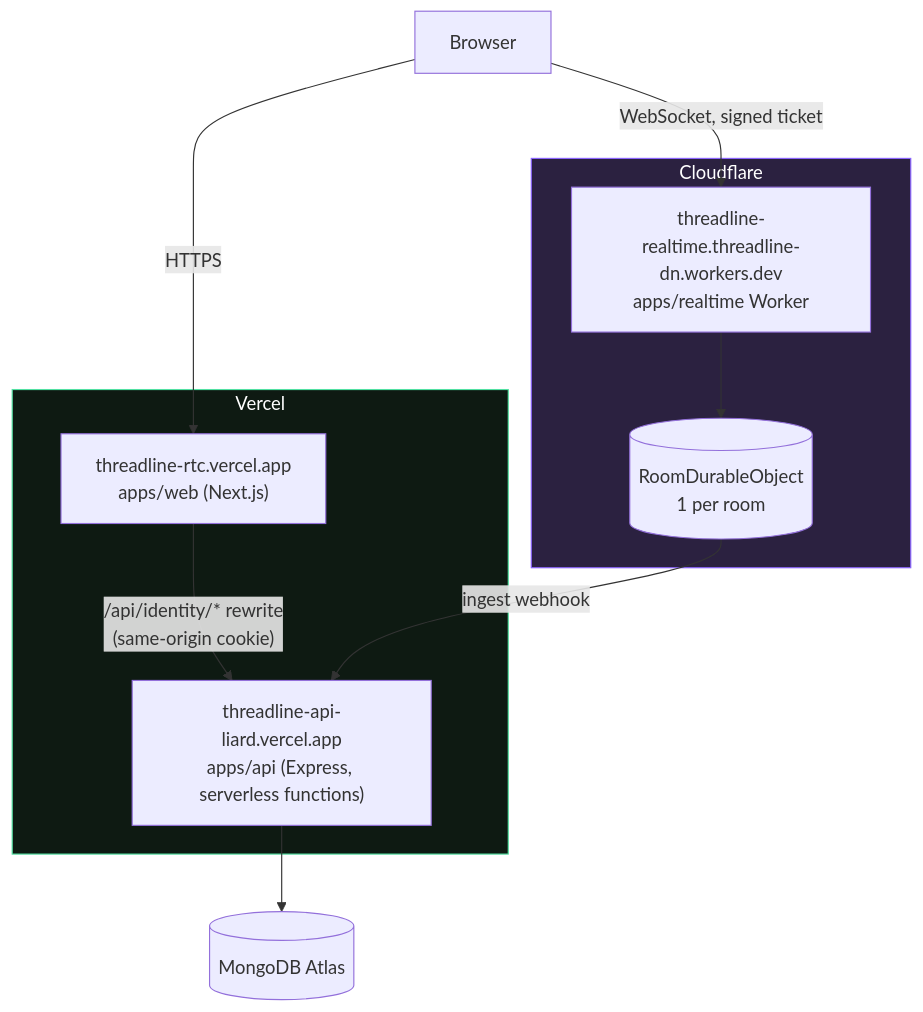
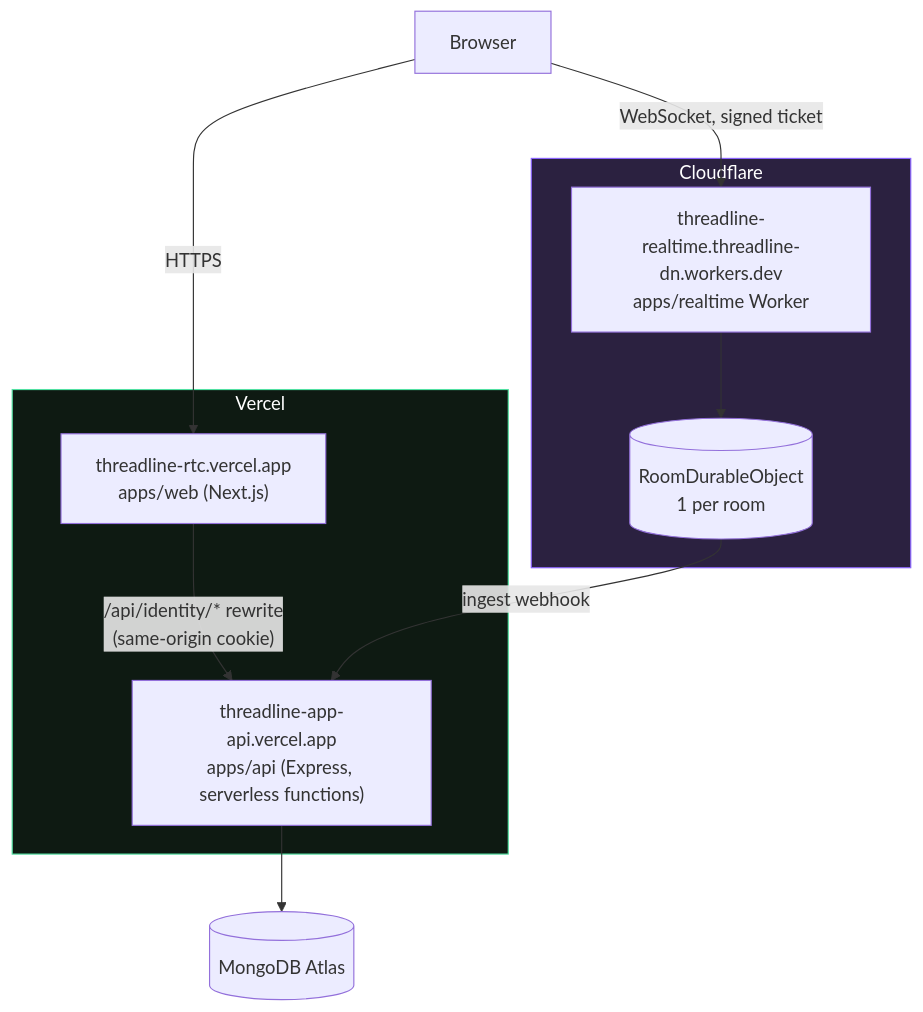
One commit to hoangsonww/Threadline-RealTime-Collab changed the third of 3 diagrams in ARCHITECTURE.md. Above: the diagram before and after it, drawn with Mermaid. The commit also changed 5 other files, not shown here.

First line of the commit message:
docs: update API domain to threadline-app-api.vercel.app

````diff
--- a/ARCHITECTURE.md
+++ b/ARCHITECTURE.md
@@ -231,26 +231,26 @@
 ```mermaid
 graph TB
     Browser["Browser"]
 
     subgraph vercel["Vercel"]
         webApp["threadline-rtc.vercel.app<br/>apps/web (Next.js)"]
-        apiApp["threadline-api-liard.vercel.app<br/>apps/api (Express, serverless functions)"]
+        apiApp["threadline-app-api.vercel.app<br/>apps/api (Express, serverless functions)"]
     end
 
     subgraph cf["Cloudflare"]
         worker["threadline-realtime.threadline-dn.workers.dev<br/>apps/realtime Worker"]
         do[("RoomDurableObject<br/>1 per room")]
     end
 
     atlas[("MongoDB Atlas")]
 
     Browser -->|"HTTPS"| webApp
     webApp -->|"/api/identity/* rewrite<br/>(same-origin cookie)"| apiApp
     Browser -->|"WebSocket, signed ticket"| worker
     worker --> do
     do -->|"ingest webhook"| apiApp
     apiApp --> atlas
 
     style vercel fill:#0e1a12,stroke:#52e0a2,color:#fff
     style cf fill:#2b2140,stroke:#8a63ff,color:#fff
 ```
````
